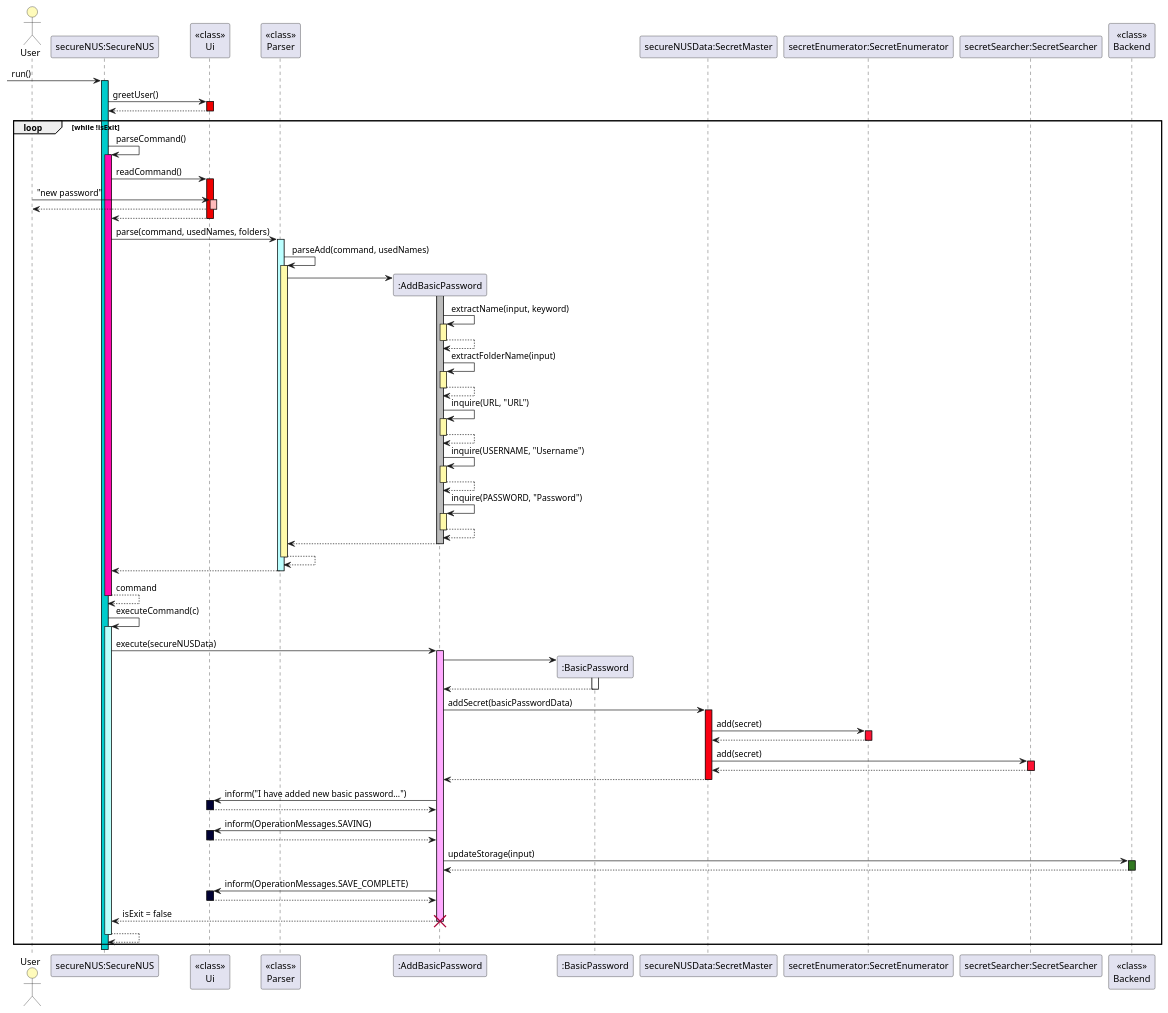
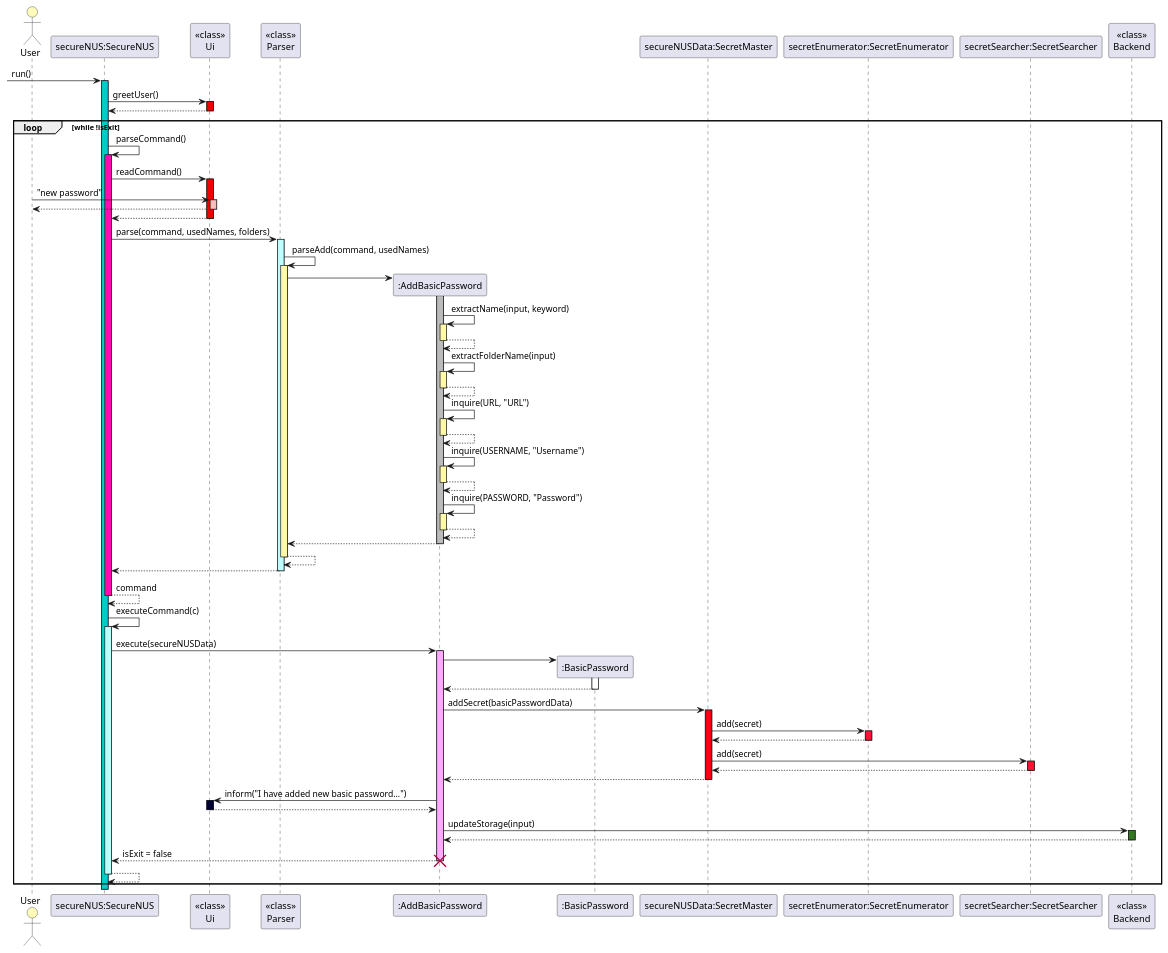
The diagram in docs/DGDiagramsCreator/Basic_Intro.puml (stevenantya/tp), drawn with PlantUML before and after one commit. The commit also changed 15 other files, not shown here.

Commit message:
Edited annoying saving messages

```diff
--- a/docs/DGDiagramsCreator/Basic_Intro.puml
+++ b/docs/DGDiagramsCreator/Basic_Intro.puml
@@ -2,60 +2,56 @@
 @startuml
 'https://plantuml.com/sequence-diagram
 
 autoactivate on
 actor User #FFFBBB
   -> "secureNUS:SecureNUS"#00cccc: run()
 "secureNUS:SecureNUS" -> "<<class>>\nUi"#F00000: greetUser()
 return
 loop while !isExit
 
     "secureNUS:SecureNUS" -> "secureNUS:SecureNUS"#FF0AB0: parseCommand()
     "secureNUS:SecureNUS" -> "<<class>>\nUi"#F00000: readCommand()
     User-> "<<class>>\nUi" #FFBBBB: "new password"
     return
     return
     "secureNUS:SecureNUS" -> "<<class>>\nParser"#BBFFFF: parse(command, usedNames, folders)
     "<<class>>\nParser"-> "<<class>>\nParser"#FFFAAA:parseAdd(command, usedNames)
     "<<class>>\nParser" -> ":AddBasicPassword" **
     activate ":AddBasicPassword"#BBB
     ":AddBasicPassword"-> ":AddBasicPassword"#FFFAAA:extractName(input, keyword)
     return
     ":AddBasicPassword"-> ":AddBasicPassword"#FFFAAA:extractFolderName(input)
     return
     ":AddBasicPassword"-> ":AddBasicPassword"#FFFAAA:inquire(URL, "URL")
     return
     ":AddBasicPassword"-> ":AddBasicPassword"#FFFAAA:inquire(USERNAME, "Username")
     return
     ":AddBasicPassword"-> ":AddBasicPassword"#FFFAAA:inquire(PASSWORD, "Password")
     return
     return
     return
     return
     return command
     "secureNUS:SecureNUS" -> "secureNUS:SecureNUS"#BBFFFB:executeCommand(c)
     "secureNUS:SecureNUS" -> ":AddBasicPassword"#FFAAFF:execute(secureNUSData)
     ":AddBasicPassword" -> ":BasicPassword"**
     activate ":BasicPassword"
     return
 
 
     ":AddBasicPassword" -> "secureNUSData:SecretMaster"#FA0012:addSecret(basicPasswordData)
     "secureNUSData:SecretMaster" -> "secretEnumerator:SecretEnumerator"#FF1233:add(secret)
     return
     "secureNUSData:SecretMaster" -> "secretSearcher:SecretSearcher"#FF1233:add(secret)
     return
     return
     ":AddBasicPassword" -> "<<class>>\nUi"#000134: inform("I have added new basic password...")
     return
-    ":AddBasicPassword" -> "<<class>>\nUi"#000134: inform(OperationMessages.SAVING)
-    return
     ":AddBasicPassword" -> "<<class>>\nBackend"#317821: updateStorage(input)
-    return
-    ":AddBasicPassword" -> "<<class>>\nUi"#000134: inform(OperationMessages.SAVE_COMPLETE)
     return
     return isExit = false
     destroy ":AddBasicPassword"
 return
 end
 
 @enduml
```
